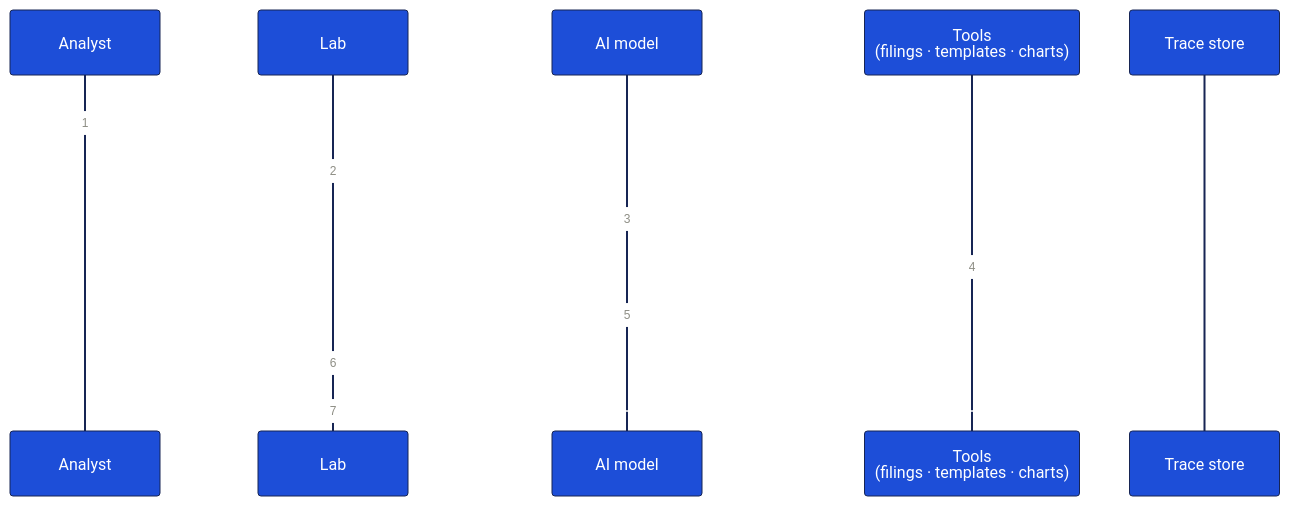
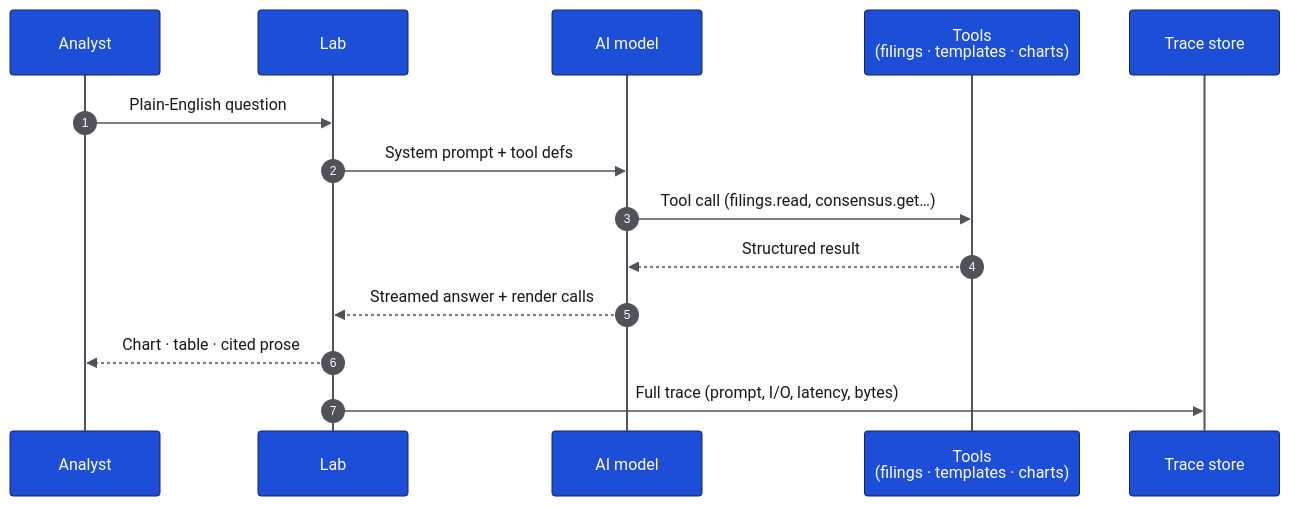
The diagram in security/observability.mdx (cf0-corp/docs), drawn with Mermaid before and after one commit. The commit also changed 7 other files, not shown here.

First line of the commit message:
fix(mermaid): WCAG-AA contrast for all 8 diagrams on light mode

````diff
--- a/security/observability.mdx
+++ b/security/observability.mdx
@@ -9,17 +9,17 @@
 ```mermaid
-%%{init: {"theme": "base", "themeVariables": {"primaryColor": "#1d4ed8", "primaryTextColor": "#ffffff", "primaryBorderColor": "#172554", "lineColor": "#71717a", "fontFamily": "Inter Tight, -apple-system, sans-serif", "fontSize": "13px"}}}%%
+%%{init: {"theme": "base", "themeVariables": {"primaryColor": "#1d4ed8", "primaryTextColor": "#ffffff", "primaryBorderColor": "#172554", "secondaryColor": "#ffffff", "tertiaryColor": "#fafafa", "lineColor": "#52525b", "textColor": "#18181b", "mainBkg": "#1d4ed8", "secondBkg": "#ffffff", "clusterBkg": "transparent", "clusterBorder": "#e4e4e7", "edgeLabelBackground": "#ffffff", "labelTextColor": "#18181b", "actorBkg": "#1d4ed8", "actorBorder": "#172554", "actorTextColor": "#ffffff", "actorLineColor": "#52525b", "signalColor": "#52525b", "signalTextColor": "#18181b", "labelBoxBkgColor": "#1d4ed8", "labelBoxBorderColor": "#172554", "noteBkgColor": "#fafafa", "noteTextColor": "#18181b", "noteBorderColor": "#e4e4e7", "messageTextColor": "#18181b", "sequenceNumberColor": "#ffffff", "fontFamily": "Inter Tight, -apple-system, sans-serif", "fontSize": "13px"}}}%%
 sequenceDiagram
   autonumber
   participant U as Analyst
   participant L as Lab
   participant M as AI model
   participant T as Tools<br/>(filings · templates · charts)
   participant F as Trace store
   U->>L: Plain-English question
   L->>M: System prompt + tool defs
   M->>T: Tool call (filings.read, consensus.get…)
   T-->>M: Structured result
   M-->>L: Streamed answer + render calls
   L-->>U: Chart · table · cited prose
   L->>F: Full trace (prompt, I/O, latency, bytes)
 ```
````
